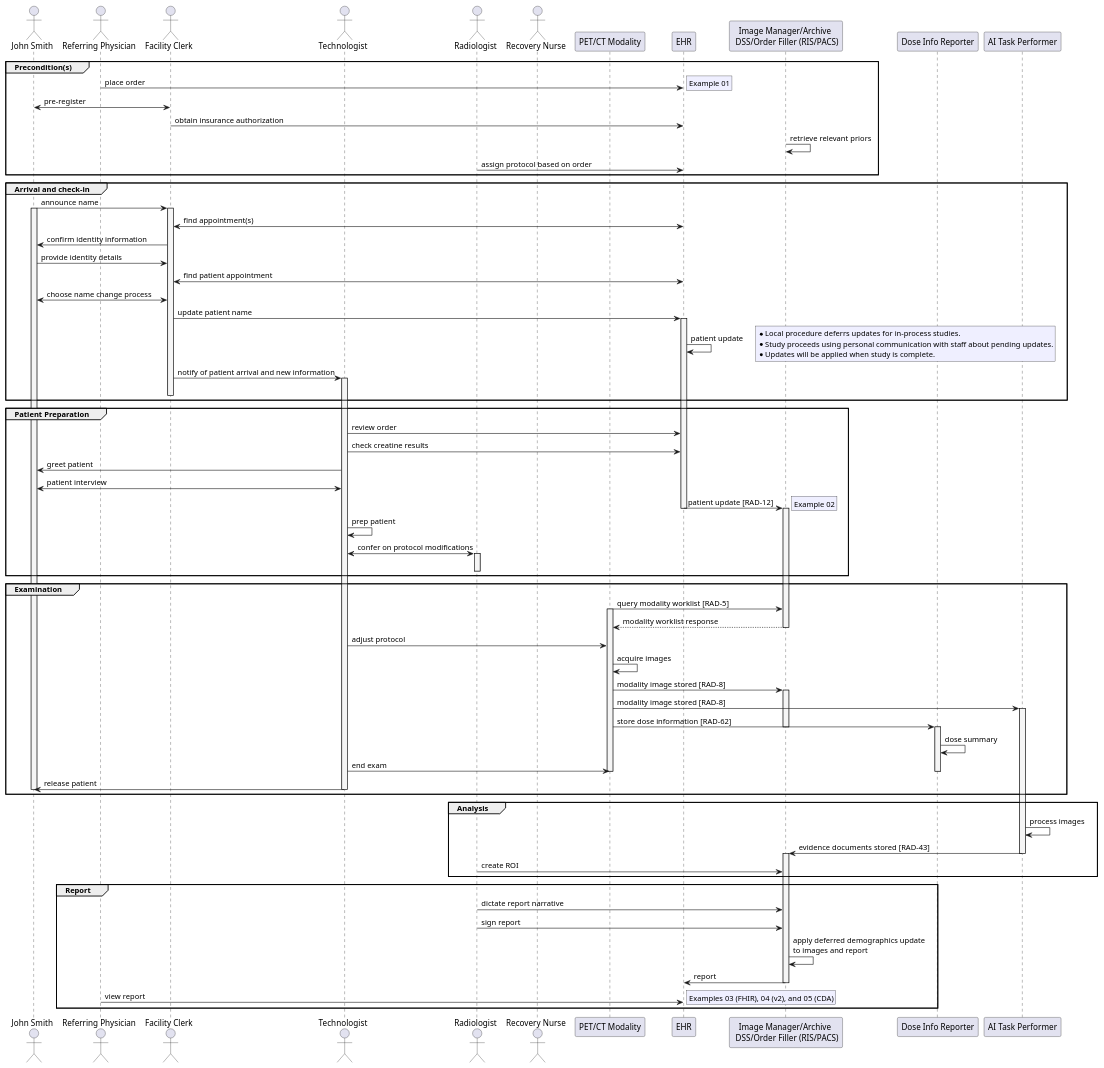
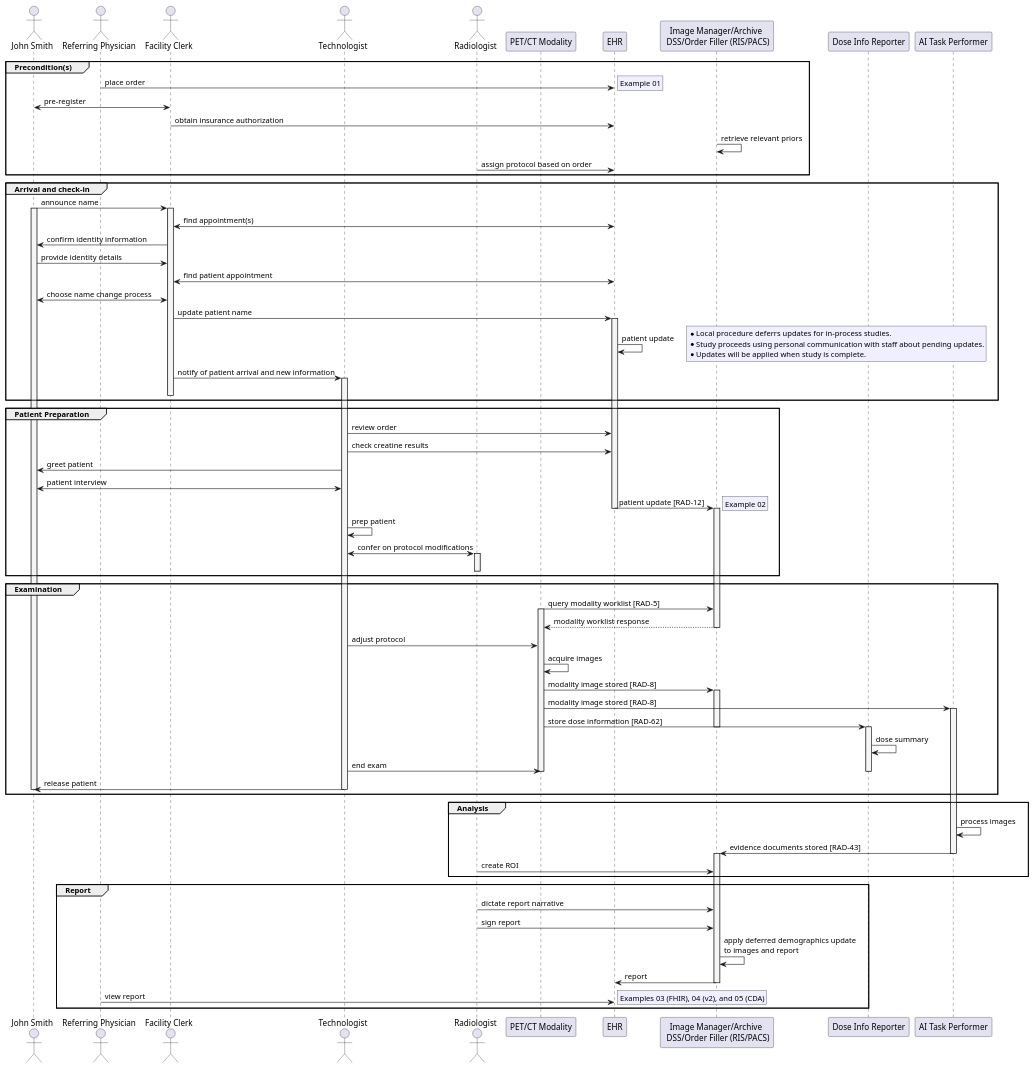
The diagram in input/images-source/gh-dicom-2.puml (snichols001/fhir-gender-harmony), drawn with PlantUML before and after one commit. The commit also changed 1 other file, not shown here.

Commit message:
remove Recovery Nurse

```diff
--- a/input/images-source/gh-dicom-2.puml
+++ b/input/images-source/gh-dicom-2.puml
@@ -1,102 +1,101 @@
 @startuml
 actor "John Smith" as patient
 actor "Referring Physician" as referring
 actor "Facility Clerk" as clerk
 actor "Technologist" as tech
 actor Radiologist as radiologist
-actor "Recovery Nurse" as nurse
 participant "PET/CT Modality" as pet
 participant "EHR" as EHR
 participant "Image Manager/Archive \n DSS/Order Filler (RIS/PACS)" as PACS
 participant "Dose Info Reporter" as dose
 participant "AI Task Performer" as ai
 
 group Precondition(s)
 referring -> EHR : place order
 rnote right #motivation: Example 01
 clerk <-> patient : pre-register
 clerk -> EHR : obtain insurance authorization
 PACS -> PACS : retrieve relevant priors
 radiologist -> EHR : assign protocol based on order
 end
 
 group Arrival and check-in
 patient -> clerk : announce name
 activate patient #whitesmoke
 activate clerk #whitesmoke
 clerk <-> EHR : find appointment(s)
 clerk -> patient : confirm identity information
 patient -> clerk : provide identity details
 clerk <-> EHR : find patient appointment
 clerk <-> patient : choose name change process
 clerk -> EHR : update patient name
 activate EHR #whitesmoke
 EHR -> EHR : patient update
 rnote right #motivation
 *Local procedure deferrs updates for in-process studies.
 *Study proceeds using personal communication with staff about pending updates.
 *Updates will be applied when study is complete.
 end note
 clerk -> tech : notify of patient arrival and new information
 activate tech #whitesmoke
 deactivate clerk
 end
 
 group Patient Preparation
 tech -> EHR : review order
 tech -> EHR : check creatine results
 tech -> patient : greet patient
 tech <-> patient : patient interview
 EHR -> PACS : patient update [RAD-12]
 deactivate EHR
 activate PACS #whitesmoke
 rnote right #motivation: Example 02
 tech -> tech : prep patient
 tech <-> radiologist : confer on protocol modifications
 activate radiologist #whitesmoke
 deactivate radiologist
 end
 
 group Examination
 pet -> PACS : query modality worklist [RAD-5]
 activate pet #whitesmoke
 PACS --> pet : modality worklist response
 deactivate PACS
 tech -> pet : adjust protocol
 pet -> pet : acquire images
 pet -> PACS : modality image stored [RAD-8]
 activate PACS #whitesmoke
 pet -> ai : modality image stored [RAD-8]
 activate ai #whitesmoke
 pet -> dose : store dose information [RAD-62]
 deactivate PACS
 activate dose #whitesmoke
 dose -> dose : dose summary
 tech -> pet : end exam
 deactivate dose
 deactivate pet
 tech -> patient : release patient
 deactivate tech
 deactivate patient
 end
 
 group Analysis
 ai -> ai : process images
 ai -> PACS : evidence documents stored [RAD-43]
 deactivate ai
 activate PACS #whitesmoke
 radiologist -> PACS : create ROI
 end
 
 group Report
 radiologist -> PACS : dictate report narrative
 radiologist -> PACS : sign report
 deactivate radiologist
 PACS -> PACS : apply deferred demographics update\nto images and report
 PACS -> EHR : report 
 deactivate PACS
 referring -> EHR : view report
 rnote right #motivation: Examples 03 (FHIR), 04 (v2), and 05 (CDA)
 end
 
 @enduml
```
